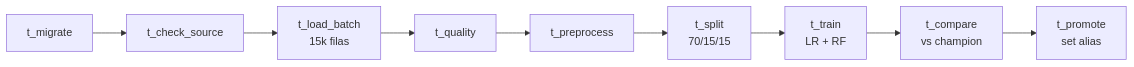
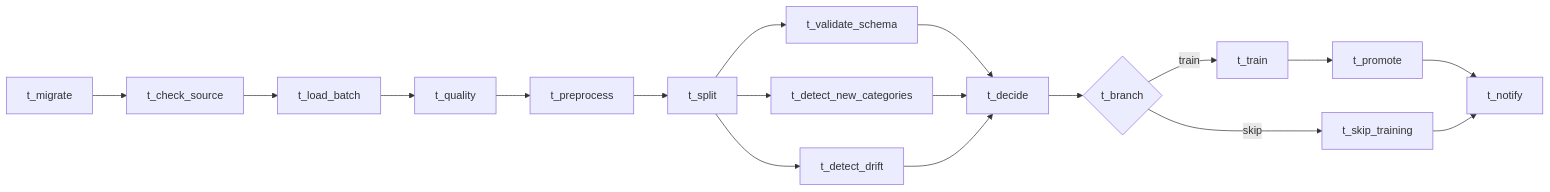
One commit to DanielDiazCruz/MLOps-Engineering changed the second of 2 diagrams in README.md. Above: the diagram before and after it, drawn with Mermaid. The commit also changed other lines of this file and 1 other file, not shown here.

````diff
--- a/README.md
+++ b/README.md
@@ -260,11 +134,12 @@
 ```mermaid
 flowchart LR
-    A[t_migrate] --> B[t_check_source]
-    B --> C[t_load_batch<br/>15k filas]
-    C --> D[t_quality]
-    D --> E[t_preprocess]
-    E --> F[t_split<br/>70/15/15]
-    F --> G[t_train<br/>LR + RF]
-    G --> H[t_compare<br/>vs champion]
-    H --> I[t_promote<br/>set alias]
+    A[t_migrate] --> B[t_check_source] --> C[t_load_batch]
+    C --> D[t_quality] --> E[t_preprocess] --> F[t_split]
+    F --> G[t_validate_schema]
+    F --> H[t_detect_new_categories]
+    F --> I[t_detect_drift]
+    G & H & I --> J[t_decide]
+    J --> K{t_branch}
+    K -->|train| L[t_train] --> M[t_promote] --> N[t_notify]
+    K -->|skip| O[t_skip_training] --> N
 ```
````
